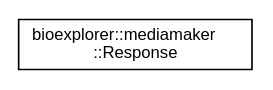
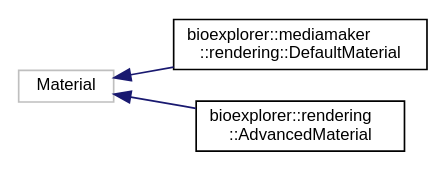
One commit to BlueBrain/BioExplorer changed the diagram in docs/inherit_graph_69.dot. Above: the diagram before and after it, drawn with Graphviz. The commit also changed 377 other files, not shown here.

```diff
--- a/docs/inherit_graph_69.dot
+++ b/docs/inherit_graph_69.dot
@@ -1,8 +1,12 @@
 digraph "Graphical Class Hierarchy"
 {
  // LATEX_PDF_SIZE
   edge [fontname="Helvetica",fontsize="10",labelfontname="Helvetica",labelfontsize="10"];
   node [fontname="Helvetica",fontsize="10",shape=record];
   rankdir="LR";
-  Node0 [label="bioexplorer::mediamaker\l::Response",height=0.2,width=0.4,color="black", fillcolor="white", style="filled",URL="$db/df4/structbioexplorer_1_1mediamaker_1_1Response.html",tooltip=" "];
+  Node76 [label="Material",height=0.2,width=0.4,color="grey75", fillcolor="white", style="filled",tooltip=" "];
+  Node76 -> Node0 [dir="back",color="midnightblue",fontsize="10",style="solid",fontname="Helvetica"];
+  Node0 [label="bioexplorer::mediamaker\l::rendering::DefaultMaterial",height=0.2,width=0.4,color="black", fillcolor="white", style="filled",URL="$d1/dbe/structbioexplorer_1_1mediamaker_1_1rendering_1_1DefaultMaterial.html",tooltip=" "];
+  Node76 -> Node78 [dir="back",color="midnightblue",fontsize="10",style="solid",fontname="Helvetica"];
+  Node78 [label="bioexplorer::rendering\l::AdvancedMaterial",height=0.2,width=0.4,color="black", fillcolor="white", style="filled",URL="$d5/d4e/structbioexplorer_1_1rendering_1_1AdvancedMaterial.html",tooltip=" "];
 }
```
